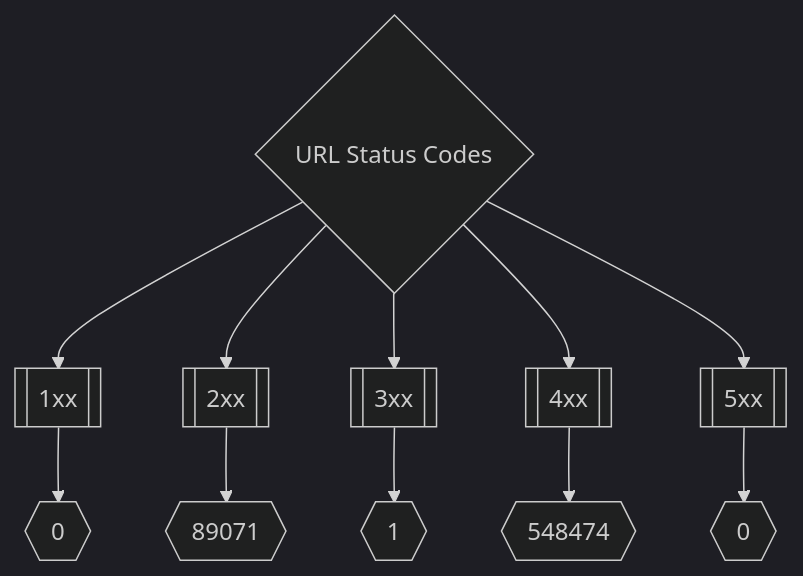
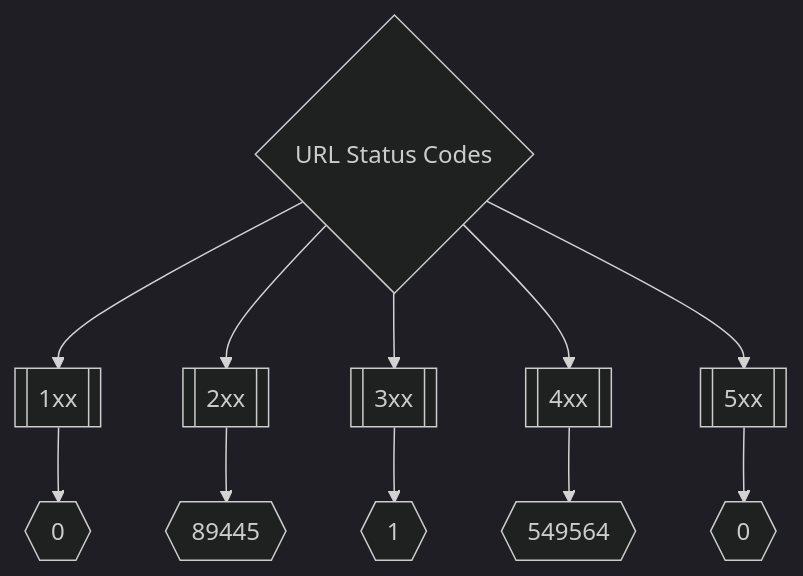
The second of 3 diagrams in README.md (trickest/inventory), drawn with Mermaid (dark theme) before and after one commit. The commit also changed other lines of this file, not shown here.

Commit message:
Update README.md Mon Jun 20 20:56:48 UTC 2022

````diff
--- a/README.md
+++ b/README.md
@@ -175,8 +175,8 @@
 ```mermaid
 graph TD
 title{URL Status Codes} --> 1xx[[1xx]] --> status1xxNum{{0}}
-title --> 2xx[[2xx]] --> status2xxNum{{89071}}
+title --> 2xx[[2xx]] --> status2xxNum{{89445}}
 title --> 3xx[[3xx]] --> status3xxNum{{1}}
-title --> 4xx[[4xx]] --> status4xxNum{{548474}}
+title --> 4xx[[4xx]] --> status4xxNum{{549564}}
 title --> 5xx[[5xx]] --> status5xxNum{{0}}
 ```
````
